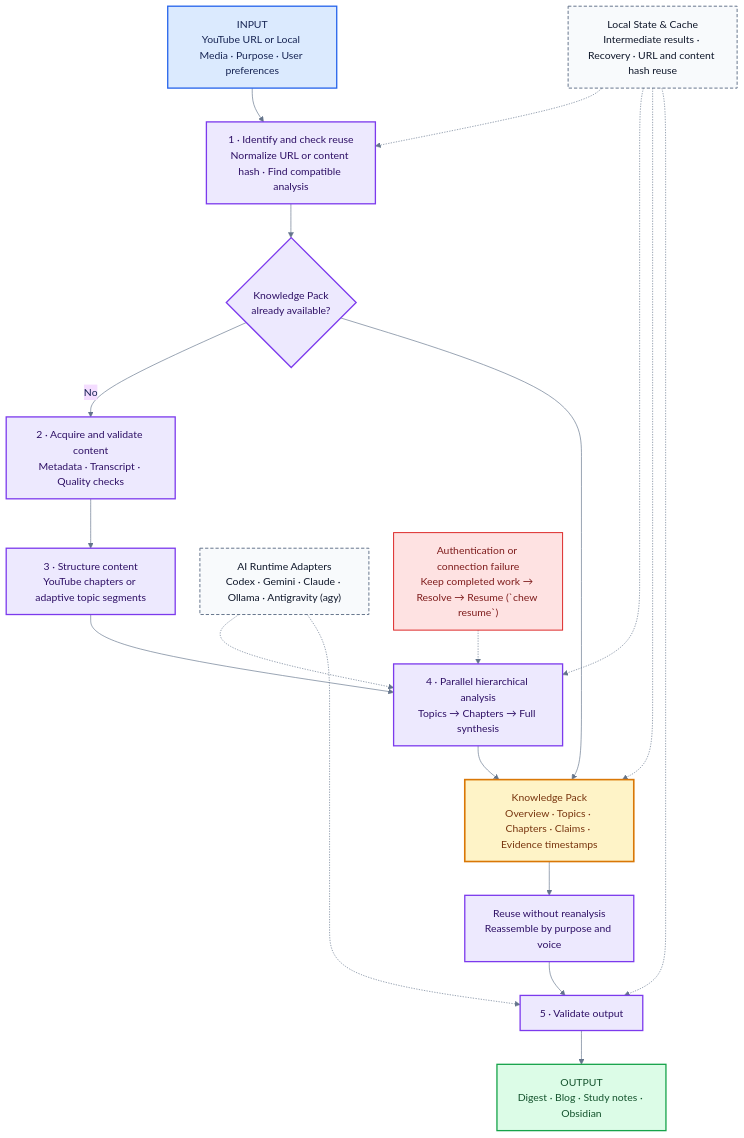
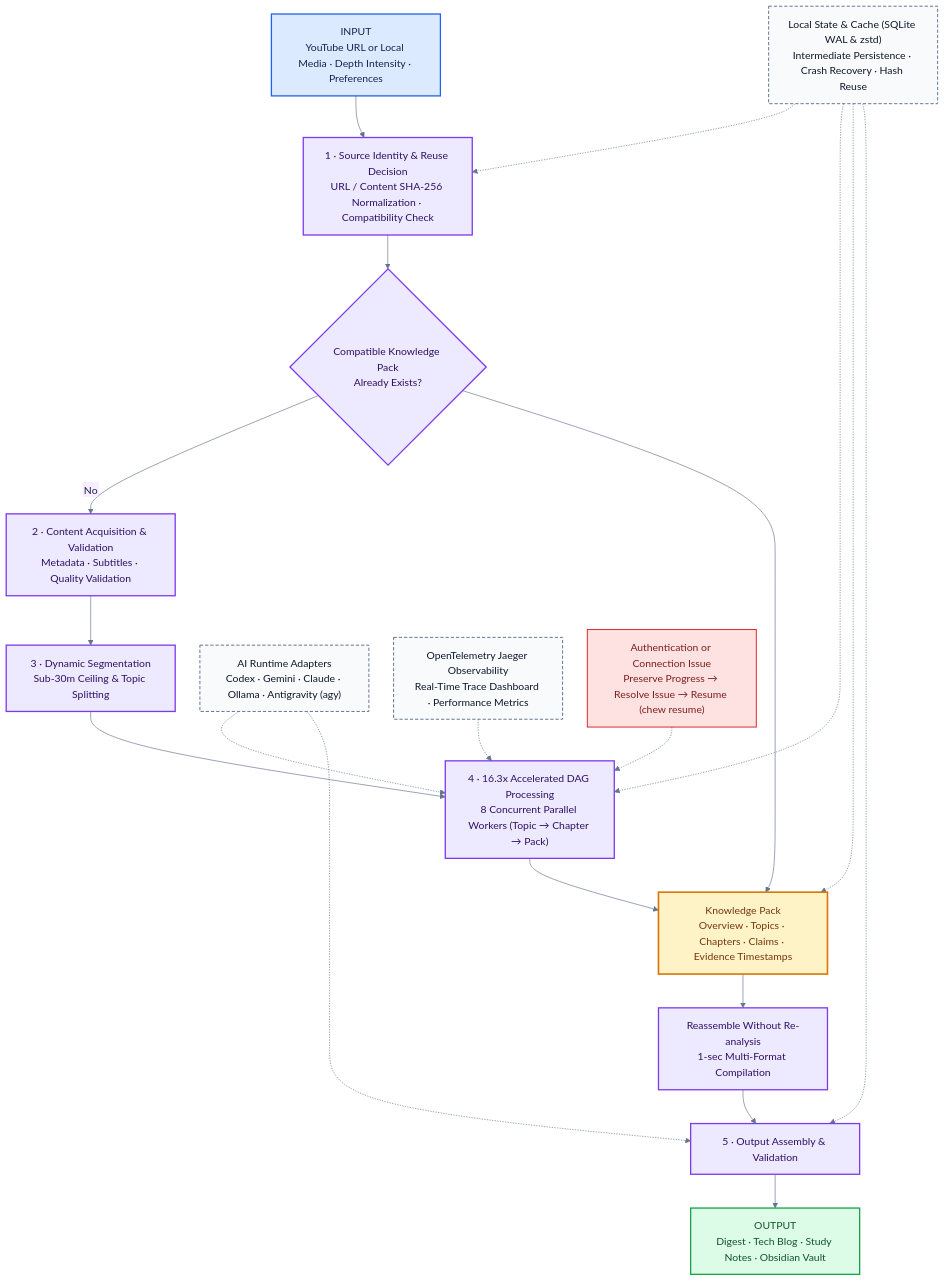
One commit to SHcommit/youtube-summerizer-kit changed the diagram in assets/architecture/en/internal-pipeline.mmd. Above: the diagram before and after it, drawn with Mermaid. The commit also changed 7 other files, not shown here.

Commit message:
feat(assets): upgrade en and ko user-flow and internal-pipeline Mermaid diagrams (.mmd) and re-render high-res PNG images

```diff
--- a/assets/architecture/en/internal-pipeline.mmd
+++ b/assets/architecture/en/internal-pipeline.mmd
@@ -1,38 +1,41 @@
-%%{init: {"theme":"base","themeVariables":{"fontFamily":"Arial, sans-serif","primaryTextColor":"#172554","lineColor":"#64748b","clusterBkg":"#ffffff","clusterBorder":"#cbd5e1"},"flowchart":{"curve":"basis","nodeSpacing":38,"rankSpacing":52}}}%%
+%%{init: {"theme":"base","themeVariables":{"fontFamily":"Arial, sans-serif","primaryTextColor":"#172554","lineColor":"#64748b","clusterBkg":"#ffffff","clusterBorder":"#cbd5e1"},"flowchart":{"curve":"basis","nodeSpacing":38,"rankSpacing":52,"htmlLabels":false}}}%%
 flowchart TB
-    INPUT["INPUT<br/>YouTube URL or Local Media · Purpose · User preferences"]
-    INPUT --> IDENTITY["1 · Identify and check reuse<br/>Normalize URL or content hash · Find compatible analysis"]
-    IDENTITY --> CACHE{"Knowledge Pack<br/>already available?"}
+    INPUT["INPUT<br/>YouTube URL or Local Media · Depth Intensity · Preferences"]
+    IDENTITY["1 · Source Identity & Reuse Decision<br/>URL / Content SHA-256 Normalization · Compatibility Check"]
+    INPUT --> IDENTITY
+    IDENTITY --> CACHE{"Compatible Knowledge Pack<br/>Already Exists?"}
 
-    CACHE -->|No| ACQUIRE["2 · Acquire and validate content<br/>Metadata · Transcript · Quality checks"]
-    ACQUIRE --> SEGMENT["3 · Structure content<br/>YouTube chapters or adaptive topic segments"]
-    SEGMENT --> SYNTHESIS["4 · Parallel hierarchical analysis<br/>Topics → Chapters → Full synthesis"]
-    SYNTHESIS --> PACK["Knowledge Pack<br/>Overview · Topics · Chapters · Claims · Evidence timestamps"]
+    CACHE -->|No| ACQUIRE["2 · Content Acquisition & Validation<br/>Metadata · Subtitles · Quality Validation"]
+    ACQUIRE --> SEGMENT["3 · Dynamic Segmentation<br/>Sub-30m Ceiling & Topic Splitting"]
+    SEGMENT --> SYNTHESIS["4 · 16.3x Accelerated DAG Processing<br/>8 Concurrent Parallel Workers (Topic → Chapter → Pack)"]
+    SYNTHESIS --> PACK["Knowledge Pack<br/>Overview · Topics · Chapters · Claims · Evidence Timestamps"]
     CACHE --> PACK
 
-    PACK --> REUSE["Reuse without reanalysis<br/>Reassemble by purpose and voice"]
-    REUSE --> ASSEMBLY["5 · Validate output"]
-    ASSEMBLY --> OUTPUT["OUTPUT<br/>Digest · Blog · Study notes · Obsidian"]
+    PACK --> REUSE["Reassemble Without Re-analysis<br/>1-sec Multi-Format Compilation"]
+    REUSE --> ASSEMBLY["5 · Output Assembly & Validation"]
+    ASSEMBLY --> OUTPUT["OUTPUT<br/>Digest · Tech Blog · Study Notes · Obsidian Vault"]
 
     RUNTIMES["AI Runtime Adapters<br/>Codex · Gemini · Claude · Ollama · Antigravity (agy)"] -.-> SYNTHESIS
     RUNTIMES -.-> ASSEMBLY
 
-    LOCAL["Local State & Cache<br/>Intermediate results · Recovery · URL and content hash reuse"] -.-> IDENTITY
+    LOCAL["Local State & Cache (SQLite WAL & zstd)<br/>Intermediate Persistence · Crash Recovery · Hash Reuse"] -.-> IDENTITY
     LOCAL -.-> SYNTHESIS
     LOCAL -.-> PACK
     LOCAL -.-> ASSEMBLY
 
-    RECOVERY["Authentication or connection failure<br/>Keep completed work → Resolve → Resume (`chew resume`)"] -.-> SYNTHESIS
+    TELEMETRY["OpenTelemetry Jaeger Observability<br/>Real-Time Trace Dashboard · Performance Metrics"] -.-> SYNTHESIS
+
+    RECOVERY["Authentication or Connection Issue<br/>Preserve Progress → Resolve Issue → Resume (chew resume)"] -.-> SYNTHESIS
 
     classDef input fill:#dbeafe,stroke:#2563eb,stroke-width:2px,color:#172554;
     classDef process fill:#ede9fe,stroke:#7c3aed,stroke-width:2px,color:#2e1065;
     classDef knowledge fill:#fef3c7,stroke:#d97706,stroke-width:2.5px,color:#78350f;
     classDef output fill:#dcfce7,stroke:#16a34a,stroke-width:2px,color:#14532d;
     classDef support fill:#f8fafc,stroke:#64748b,stroke-width:1.5px,stroke-dasharray:5 3,color:#0f172a;
     classDef recovery fill:#fee2e2,stroke:#dc2626,stroke-width:1.5px,color:#7f1d1d;
     class INPUT input;
     class IDENTITY,CACHE,ACQUIRE,SEGMENT,SYNTHESIS,REUSE,ASSEMBLY process;
     class PACK knowledge;
     class OUTPUT output;
-    class RUNTIMES,LOCAL support;
+    class RUNTIMES,LOCAL,TELEMETRY support;
     class RECOVERY recovery;
```
